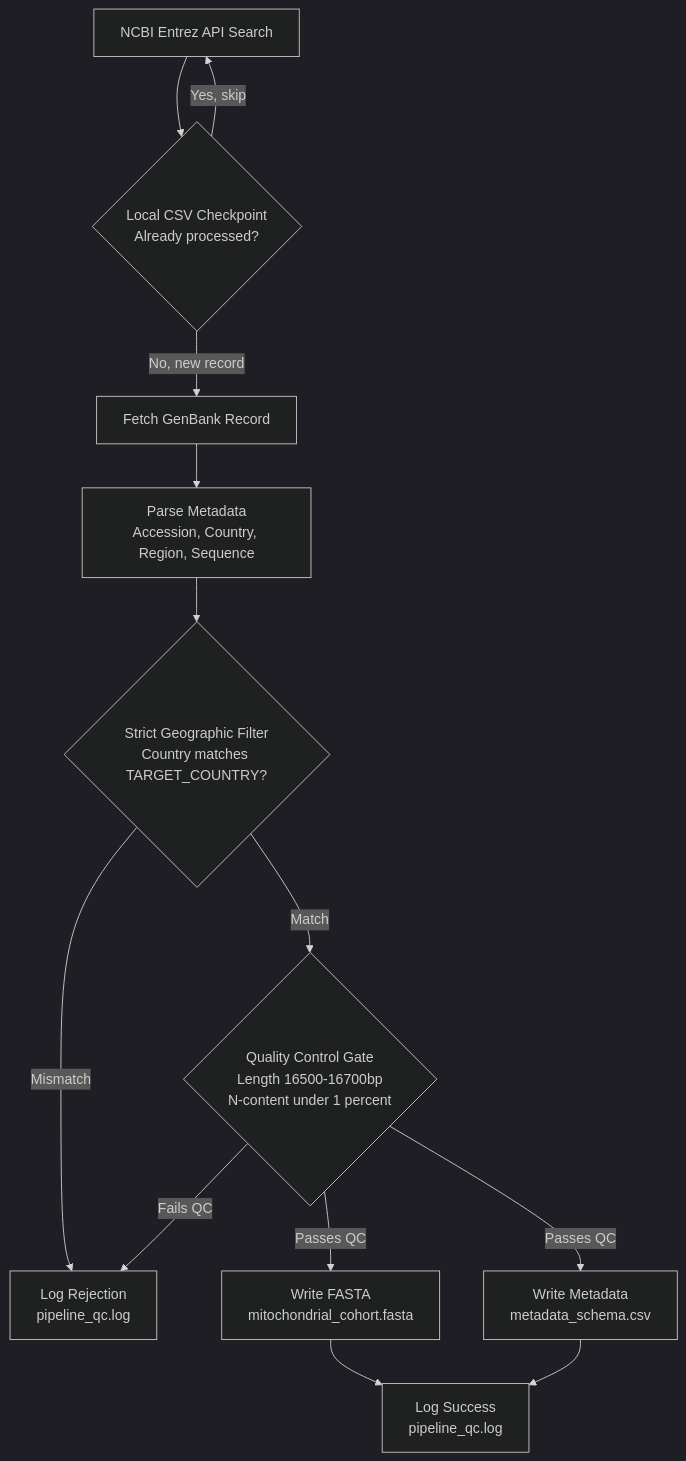
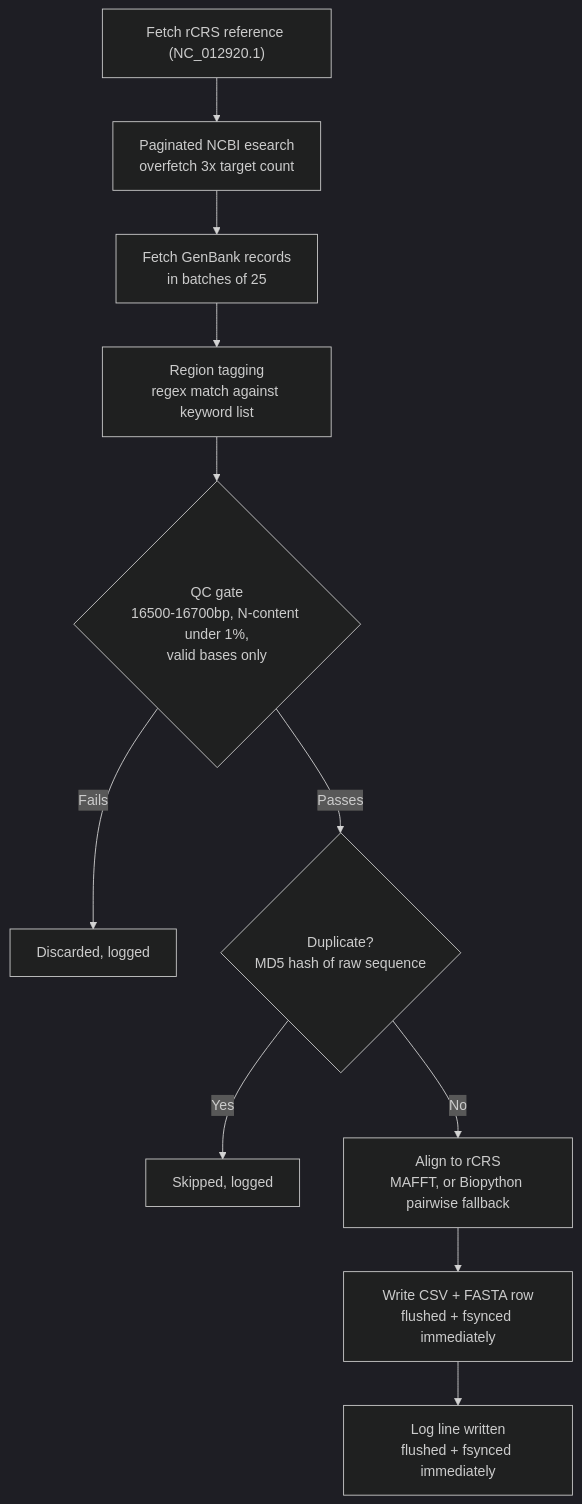
The diagram in README.md (AbdulRaffayQureshi/mitoharvest), drawn with Mermaid (dark theme) before and after one commit. The commit also changed other lines of this file and 14 other files, not shown here.

````diff
--- a/README.md
+++ b/README.md
@@ -13,15 +9,13 @@
 ```mermaid
 graph TD
-    A["NCBI Entrez API Search"] --> B{"Local CSV Checkpoint<br>Already processed?"}
-    B -- "Yes, skip" --> A
-    B -- "No, new record" --> C["Fetch GenBank Record"]
-    C --> D["Parse Metadata<br>Accession, Country, Region, Sequence"]
-    D --> E{"Strict Geographic Filter<br>Country matches TARGET_COUNTRY?"}
-    E -- "Mismatch" --> F["Log Rejection<br>pipeline_qc.log"]
-    E -- "Match" --> G{"Quality Control Gate<br>Length 16500-16700bp<br>N-content under 1 percent"}
-    G -- "Fails QC" --> F
-    G -- "Passes QC" --> H["Write FASTA<br>mitochondrial_cohort.fasta"]
-    G -- "Passes QC" --> I["Write Metadata<br>metadata_schema.csv"]
-    H --> J["Log Success<br>pipeline_qc.log"]
-    I --> J
+    A["Fetch rCRS reference (NC_012920.1)"] --> B["Paginated NCBI esearch<br>overfetch 3x target count"]
+    B --> C["Fetch GenBank records<br>in batches of 25"]
+    C --> D["Region tagging<br>regex match against keyword list"]
+    D --> E{"QC gate<br>16500-16700bp, N-content under 1%,<br>valid bases only"}
+    E -- "Fails" --> X["Discarded, logged"]
+    E -- "Passes" --> F{"Duplicate?<br>MD5 hash of raw sequence"}
+    F -- "Yes" --> Y["Skipped, logged"]
+    F -- "No" --> G["Align to rCRS<br>MAFFT, or Biopython pairwise fallback"]
+    G --> H["Write CSV + FASTA row<br>flushed + fsynced immediately"]
+    H --> I["Log line written<br>flushed + fsynced immediately"]
 ```
````
